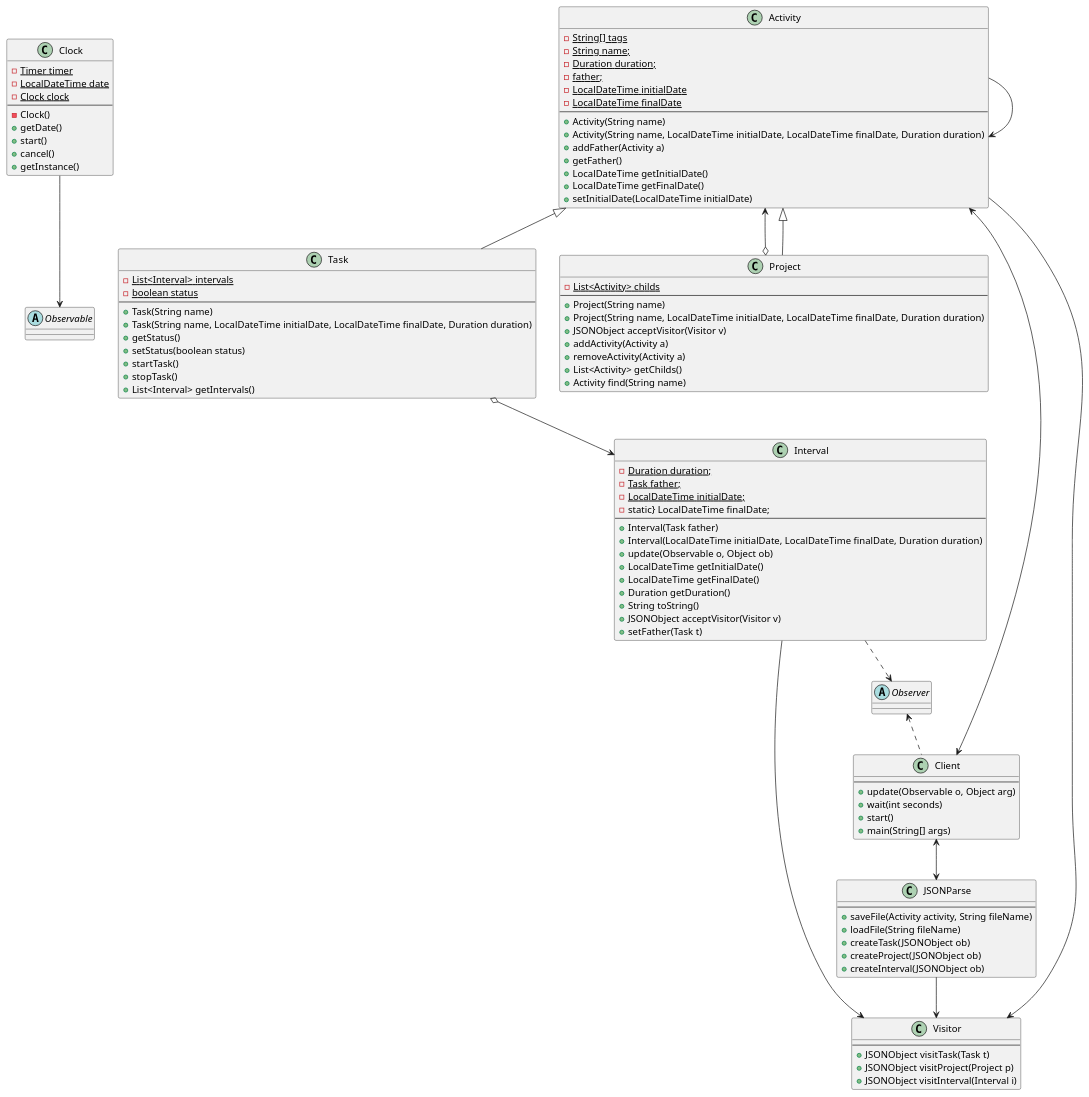
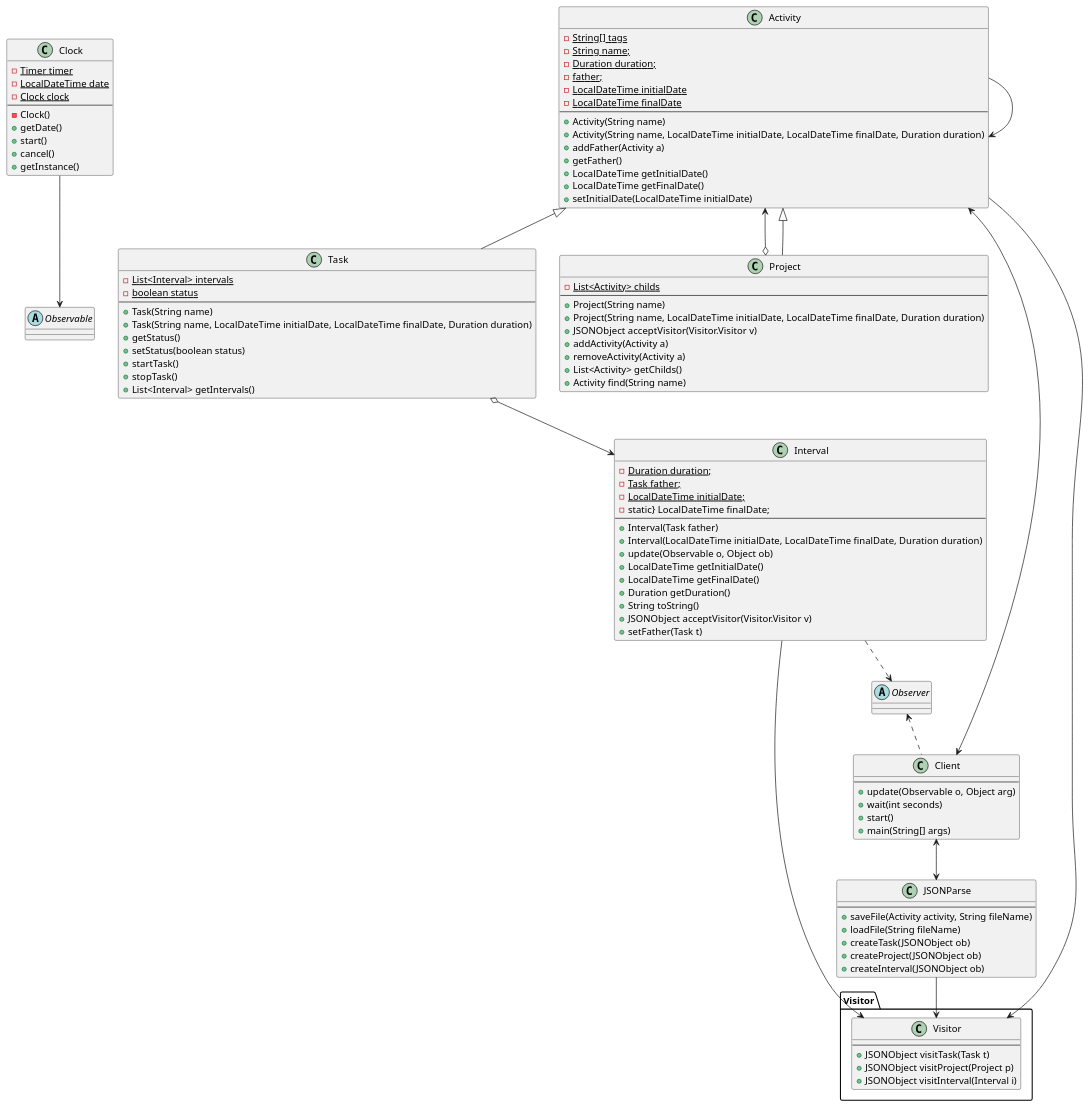
One commit to MarcSalaManzano/TimeTraker changed the diagram in src/UMLDiagram.puml. Above: the diagram before and after it, drawn with PlantUML. The commit also changed 15 other files, not shown here.

```diff
--- a/src/UMLDiagram.puml
+++ b/src/UMLDiagram.puml
@@ -1,131 +1,131 @@
 @startuml
 
 
 abstract class Clock
 abstract class Observable
 abstract class Activity
 abstract class Interval
 abstract class Observer
 abstract class Task
 abstract class Project
 abstract class JSONParse
 abstract class Client
-abstract class Visitor
+abstract class Visitor.Visitor
 
 
 
 Activity <--> Client
 Activity --> Activity
 Activity <--o Project
 Activity <|-- Project
 Activity <|-- Task
 Task o--> Interval
 Interval ..> Observer
 Observer <.. Client
 Client <--> JSONParse
 Clock --> Observable
-JSONParse --> Visitor
-Activity --> Visitor
-Interval --> Visitor
+JSONParse --> Visitor.Visitor
+Activity --> Visitor.Visitor
+Interval --> Visitor.Visitor
 
 
 
 class Clock {
 - {static} Timer timer
 - {static} LocalDateTime date
 - {static} Clock clock
 --
 - Clock()
 + getDate()
 + start()
 + cancel()
 + getInstance()
 }
 
 class Activity{
 - {static} String[] tags
 - {static} String name;
 - {static} Duration duration;
 - {static} father;
 - {static} LocalDateTime initialDate
 - {static} LocalDateTime finalDate
 --
 + Activity(String name)
 + Activity(String name, LocalDateTime initialDate, LocalDateTime finalDate, Duration duration)
 + addFather(Activity a)
 + getFather()
 + LocalDateTime getInitialDate()
 + LocalDateTime getFinalDate()
 + setInitialDate(LocalDateTime initialDate)
 }
 
 class Interval{
 - {static} Duration duration;
 - {static} Task father;
 - {static} LocalDateTime initialDate;
 - static} LocalDateTime finalDate;
 --
 + Interval(Task father)
 + Interval(LocalDateTime initialDate, LocalDateTime finalDate, Duration duration)
 + update(Observable o, Object ob)
 + LocalDateTime getInitialDate()
 + LocalDateTime getFinalDate()
 + Duration getDuration()
 + String toString()
-+ JSONObject acceptVisitor(Visitor v)
++ JSONObject acceptVisitor(Visitor.Visitor v)
 + setFather(Task t)
 }
 
 class Task{
 - {static} List<Interval> intervals
 - {static} boolean status
 --
 + Task(String name)
 + Task(String name, LocalDateTime initialDate, LocalDateTime finalDate, Duration duration)
 + getStatus()
 + setStatus(boolean status)
 + startTask()
 + stopTask()
 + List<Interval> getIntervals()
 }
 
 class Project{
 - {static} List<Activity> childs
 --
 + Project(String name)
 + Project(String name, LocalDateTime initialDate, LocalDateTime finalDate, Duration duration)
-+ JSONObject acceptVisitor(Visitor v)
++ JSONObject acceptVisitor(Visitor.Visitor v)
 + addActivity(Activity a)
 + removeActivity(Activity a)
 + List<Activity> getChilds()
 + Activity find(String name)
 }
 
 
 class Client{
 --
 + update(Observable o, Object arg)
 + wait(int seconds)
 + start()
 + main(String[] args)
 }
 
 
 class JSONParse{
 --
 + saveFile(Activity activity, String fileName)
 + loadFile(String fileName)
 + createTask(JSONObject ob)
 + createProject(JSONObject ob)
 + createInterval(JSONObject ob)
 }
 
-class Visitor {
+class Visitor.Visitor {
 --
 + JSONObject visitTask(Task t)
 + JSONObject visitProject(Project p)
 + JSONObject visitInterval(Interval i)
 }
 
 
 @enduml
```
